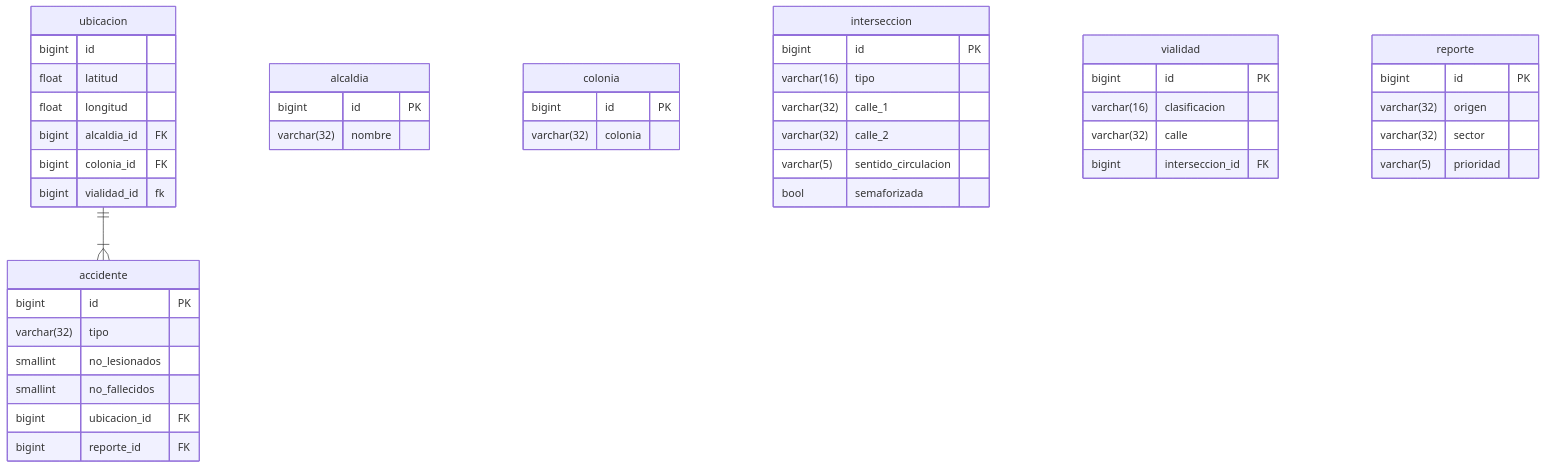
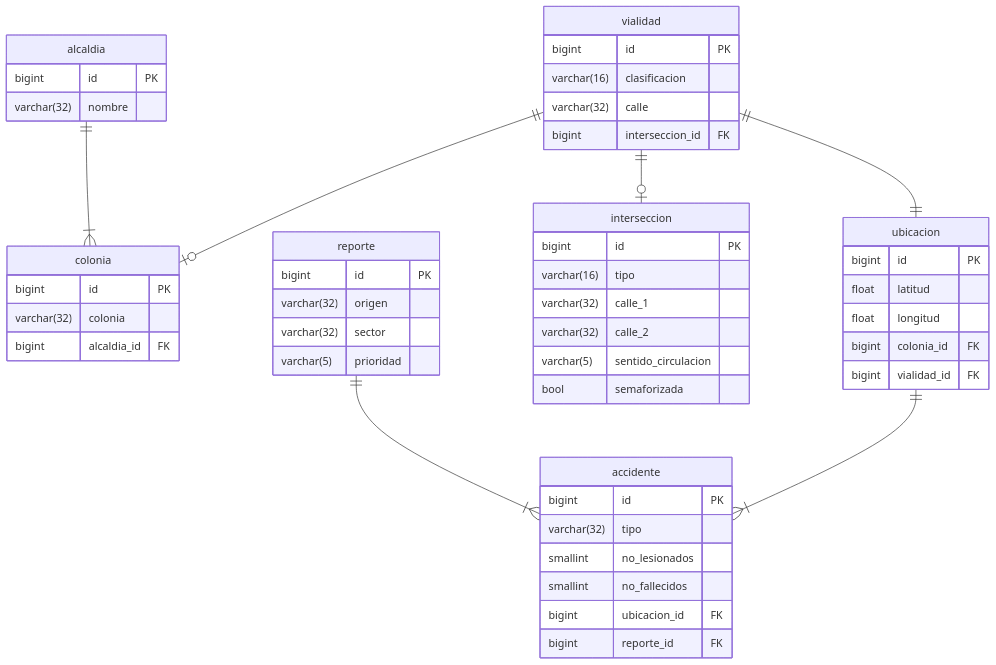
One commit to joltdot/proyecto_bd changed the diagram in README.md. Above: the diagram before and after it, drawn with Mermaid.

Commit message:
Revise ER diagram and key definitions in README
Updated the entity relationship diagram and corrected primary key and foreign key definitions in the README.

````diff
--- a/README.md
+++ b/README.md
@@ -360,50 +360,58 @@
 ```mermaid
 erDiagram
     ubicacion ||--|{ accidente : " "
+    reporte || -- |{ accidente : " "
+    alcaldia ||--|{ colonia : " "
+    vialidad  ||--o| colonia : " "
+    vialidad ||--o| interseccion : " "
+    vialidad ||--|| ubicacion : " "
+    
+    
+    
     accidente {
         bigint id PK
         varchar(32) tipo
         smallint no_lesionados
         smallint no_fallecidos
         bigint ubicacion_id FK
         bigint reporte_id FK
     }
     alcaldia {
         bigint id PK
         varchar(32) nombre
     }
     colonia {
         bigint id PK
         varchar(32) colonia
+        bigint alcaldia_id FK
     }
     interseccion {
         bigint id PK
         varchar(16) tipo
         varchar(32) calle_1
         varchar(32) calle_2
         varchar(5) sentido_circulacion
         bool semaforizada
     }
     vialidad {
         bigint id PK
         varchar(16) clasificacion
         varchar(32) calle
         bigint interseccion_id FK
     }
     ubicacion {
-        bigint id
+        bigint id PK
         float latitud
         float longitud
-        bigint alcaldia_id FK
         bigint colonia_id FK
-        bigint vialidad_id fk
+        bigint vialidad_id FK
         
     }
     reporte {
         bigint id PK
         varchar(32) origen
         varchar(32) sector
         varchar(5) prioridad
     }
 
 ```
````
